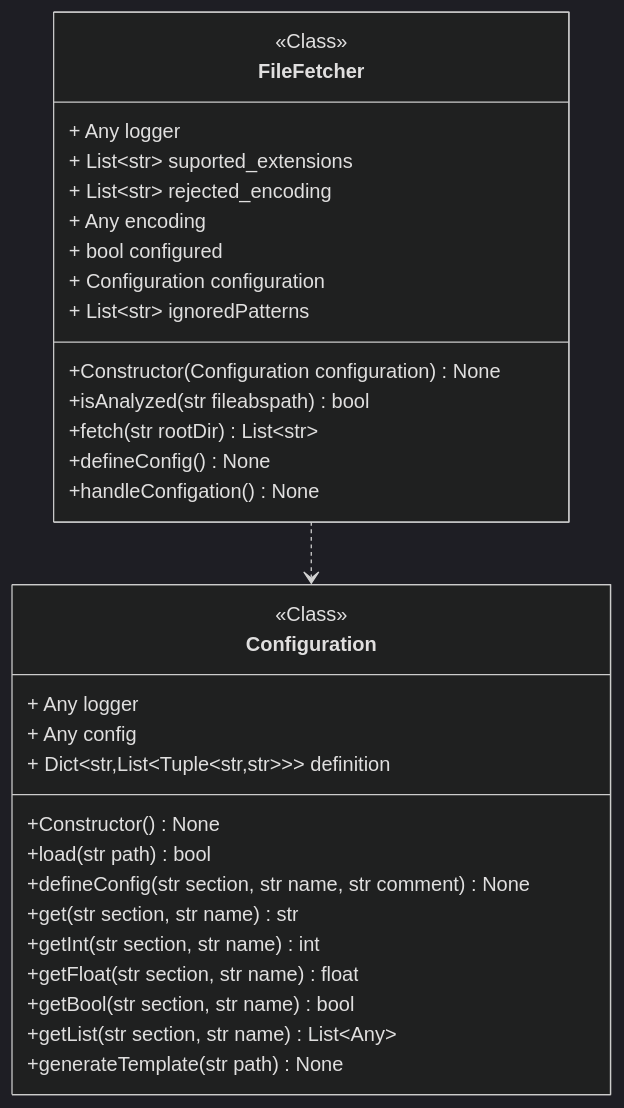
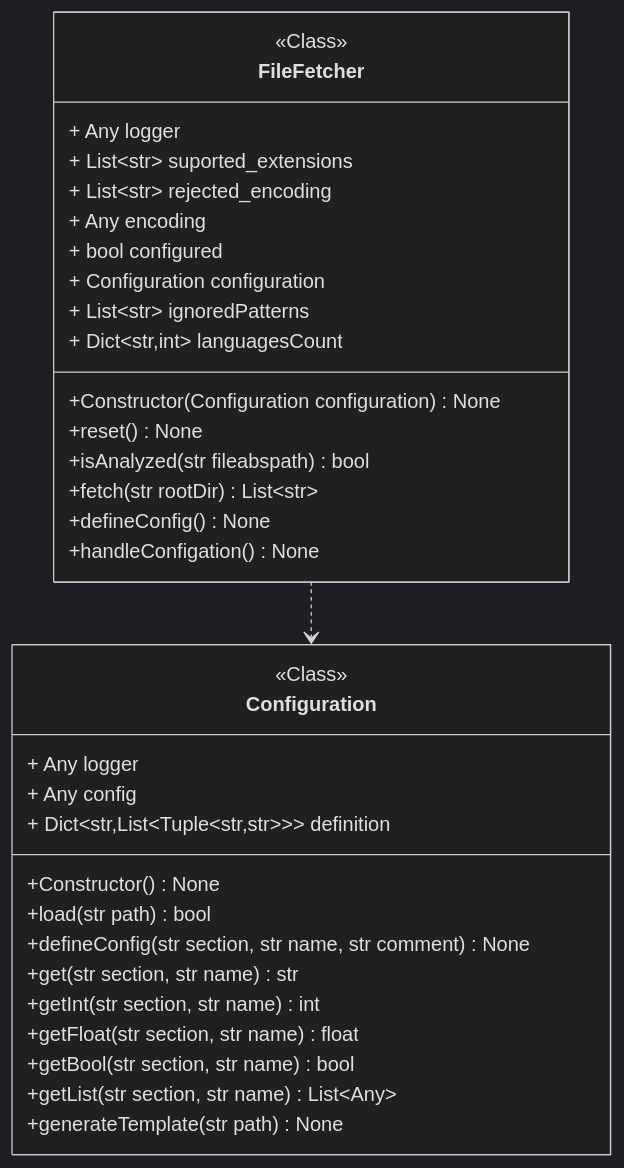
Before and after one commit to miong/pycodeanalyzer: the diagram in docs/source/code/diagrams/pycodeanalyzer_core_filetree_filefetcher_FileFetcher.mmd, drawn with Mermaid (dark theme). The commit also changed 18 other files, not shown here.

Commit message:
Add language pie chart

```diff
--- a/docs/source/code/diagrams/pycodeanalyzer_core_filetree_filefetcher_FileFetcher.mmd
+++ b/docs/source/code/diagrams/pycodeanalyzer_core_filetree_filefetcher_FileFetcher.mmd
@@ -1,33 +1,35 @@
 classDiagram
 class FileFetcher {
 <<Class>>
 + Any logger
 + List~str~ suported_extensions
 + List~str~ rejected_encoding
 + Any encoding
 + bool configured
 + Configuration configuration
 + List~str~ ignoredPatterns
++ Dict~str,int~ languagesCount
 +Constructor(Configuration configuration) None
++reset() None
 +isAnalyzed(str fileabspath) bool
 +fetch(str rootDir) List~str~
 +defineConfig() None
 +handleConfigation() None
 }
 class Configuration {
 <<Class>>
 + Any logger
 + Any config
 + Dict&lt;str,List&lt;Tuple&lt;str,str&gt;&gt;&gt; definition
 +Constructor() None
 +load(str path) bool
 +defineConfig(str section, str name, str comment) None
 +get(str section, str name) str
 +getInt(str section, str name) int
 +getFloat(str section, str name) float
 +getBool(str section, str name) bool
 +getList(str section, str name) List~Any~
 +generateTemplate(str path) None
 }
 link Configuration "class££pycodeanalyzer::core::configuration::configuration::Configuration"
 FileFetcher ..> Configuration
```
